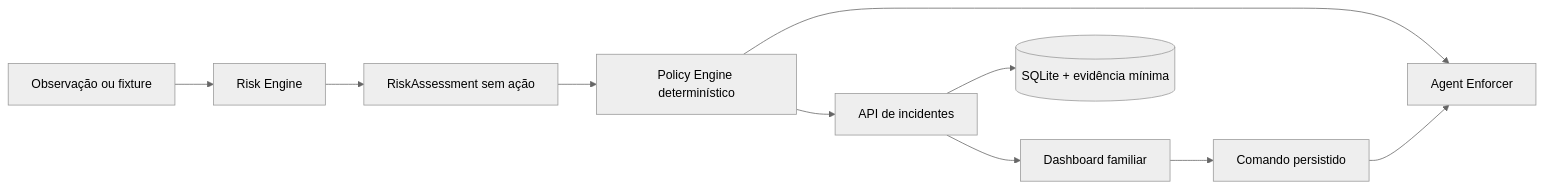
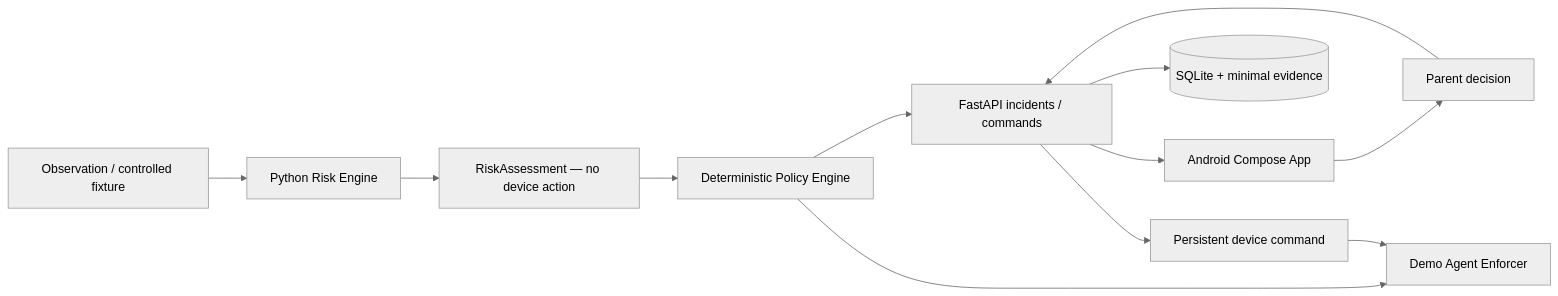
The diagram in README.md (luqhe/Hackaton-OpenAI-2026), drawn with Mermaid (neutral theme) before and after one commit. The commit also changed other lines of this file, not shown here.

Commit message:
Document Android mobile branch and local demo

````diff
--- a/README.md
+++ b/README.md
@@ -32,12 +69,16 @@
 ```mermaid
 flowchart LR
-    O["Observação ou fixture"] --> R["Risk Engine"]
-    R --> A["RiskAssessment sem ação"]
-    A --> P["Policy Engine determinístico"]
-    P --> E["Agent Enforcer"]
-    P --> I["API de incidentes"]
-    I --> D["Dashboard familiar"]
-    D --> C["Comando persistido"]
+    O["Observation / controlled fixture"] --> R["Python Risk Engine"]
+    R --> A["RiskAssessment — no device action"]
+    A --> P["Deterministic Policy Engine"]
+    P --> I["FastAPI incidents / commands"]
+    P --> E["Demo Agent Enforcer"]
+
+    I --> M["Android Compose App"]
+    M --> PD["Parent decision"]
+    PD --> I
+
+    I --> S[("SQLite + minimal evidence")]
+    I --> C["Persistent device command"]
     C --> E
-    I --> S[("SQLite + evidência mínima")]
 ```
````
